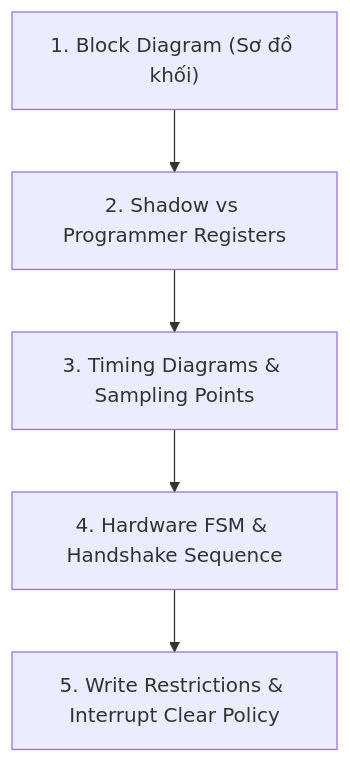
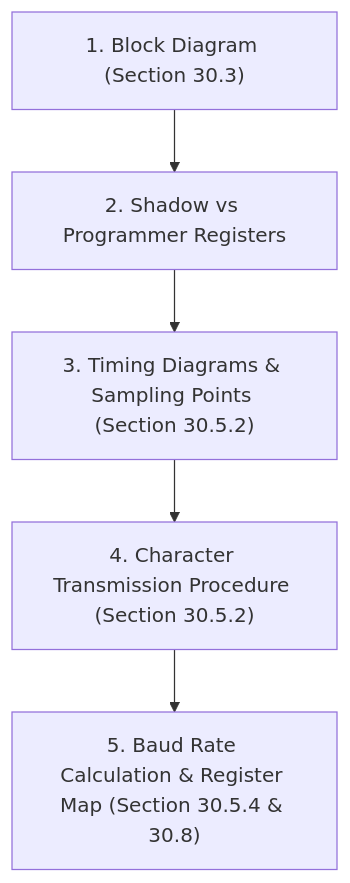
The diagram in day00_baremetal_foundations.md (HuynhTran112/source), drawn with Mermaid before and after one commit. The commit also changed other lines of this file and 17 other files, not shown here.

Commit message:
docs: Add Day 00 to Day 14 bare-metal learning guides and roadmap

````diff
--- a/day00_baremetal_foundations.md
+++ b/day00_baremetal_foundations.md
@@ -163,7 +220,7 @@
 ```mermaid
 graph TD
-    A["1. Block Diagram (Sơ đồ khối)"] --> B["2. Shadow vs Programmer Registers"]
-    B --> C["3. Timing Diagrams & Sampling Points"]
-    C --> D["4. Hardware FSM & Handshake Sequence"]
-    D --> E["5. Write Restrictions & Interrupt Clear Policy"]
+    A["1. Block Diagram (Section 30.3)"] --> B["2. Shadow vs Programmer Registers"]
+    B --> C["3. Timing Diagrams & Sampling Points (Section 30.5.2)"]
+    C --> D["4. Character Transmission Procedure (Section 30.5.2)"]
+    D --> E["5. Baud Rate Calculation & Register Map (Section 30.5.4 & 30.8)"]
 ```
````
